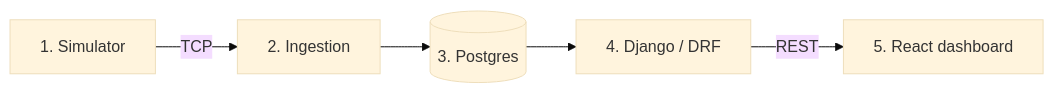
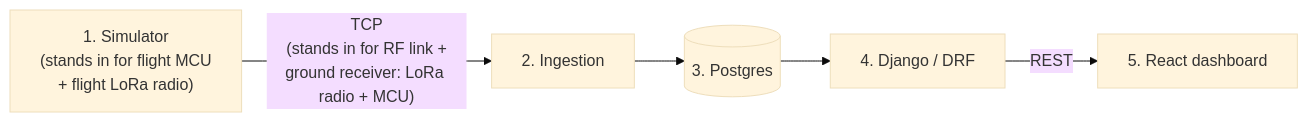
One commit to Ogmar/etana changed the second of 2 diagrams in docs/DESIGN.md. Above: the diagram before and after it, drawn with Mermaid (base theme). The commit also changed other lines of this file and 5 other files, not shown here.

First line of the commit message:
Document the ground receiver as a distinct hardware link, not a LoRa cloud

````diff
--- a/docs/DESIGN.md
+++ b/docs/DESIGN.md
@@ -115,7 +125,7 @@
 ```mermaid
 flowchart LR
-    SIM["1. Simulator"] -->|"TCP"| ING["2. Ingestion"]
+    SIM["1. Simulator<br/>(stands in for flight MCU<br/>+ flight LoRa radio)"] -->|"TCP<br/>(stands in for RF link +<br/>ground receiver: LoRa radio + MCU)"| ING["2. Ingestion"]
     ING --> PG[("3. Postgres")]
     PG --> API["4. Django / DRF"]
     API -->|"REST"| DASH["5. React dashboard"]
 ```
````
